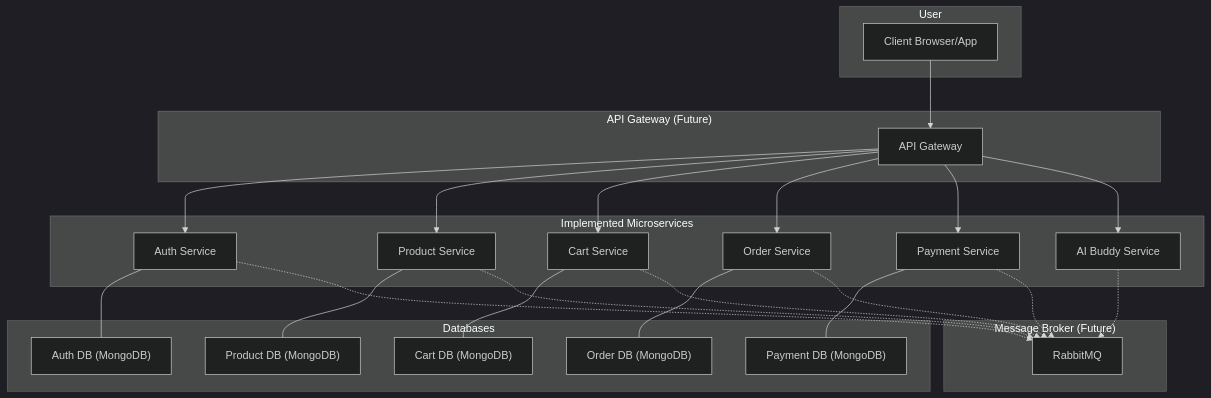
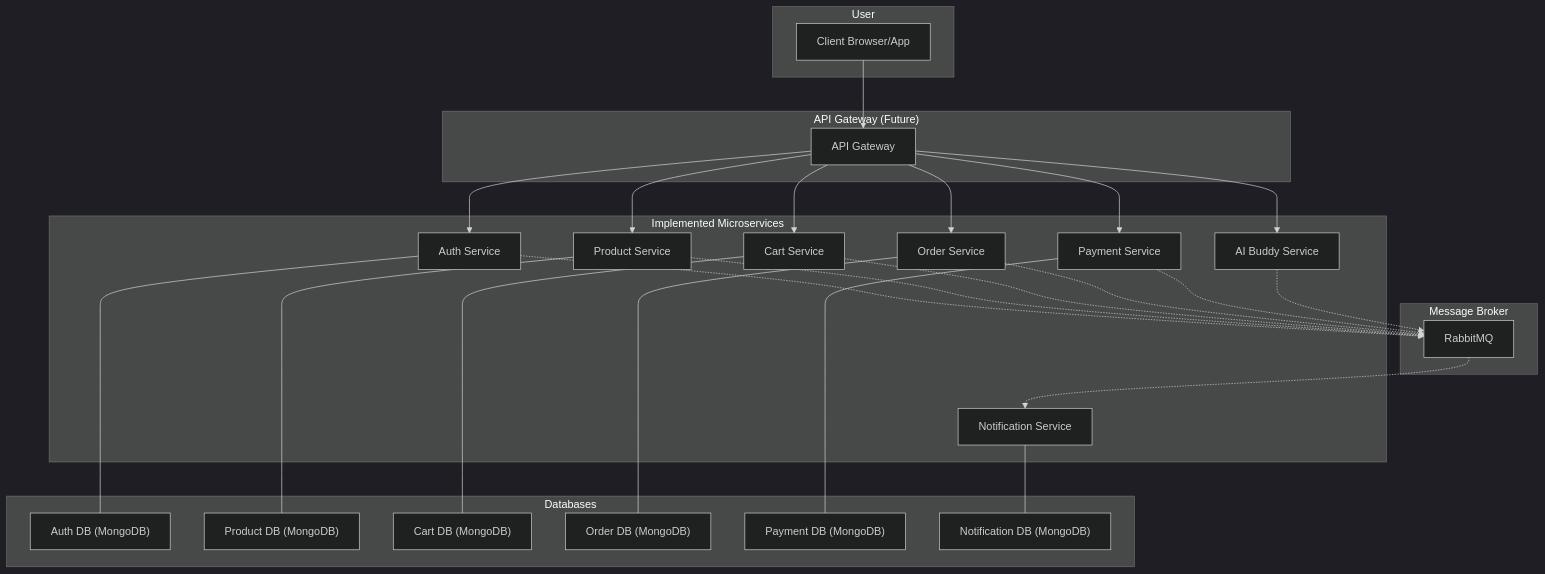
Before and after one commit to priyanshu-samal/microBazaar: the first of 8 diagrams in README.md, drawn with Mermaid (dark theme). The commit also changed other lines of this file and 14 other files, not shown here.

````diff
--- a/README.md
+++ b/README.md
@@ -30,53 +30,57 @@
 ```mermaid
 graph TD
     subgraph User
         A[Client Browser/App]
     end
 
     subgraph "API Gateway (Future)"
         B[API Gateway]
     end
 
     subgraph "Implemented Microservices"
         C[Auth Service]
         D[Product Service]
         E[Cart Service]
         F[Order Service]
         G[Payment Service]
         H[AI Buddy Service]
+        O[Notification Service]
     end
 
     subgraph Databases
         I["Auth DB (MongoDB)"]
         J["Product DB (MongoDB)"]
         K["Cart DB (MongoDB)"]
         L["Order DB (MongoDB)"]
         M["Payment DB (MongoDB)"]
+        P["Notification DB (MongoDB)"]
     end
 
-    subgraph "Message Broker (Future)"
+    subgraph "Message Broker"
         N[RabbitMQ]
     end
 
     A --> B
 
     B --> C
     B --> D
     B --> E
     B --> F
     B --> G
     B --> H
 
     C --- I
     D --- J
     E --- K
     F --- L
     G --- M
+    O --- P
 
     C -.-> N
     D -.-> N
     E -.-> N
     F -.-> N
     G -.-> N
     H -.-> N
+    N -.-> O
 ```
````
